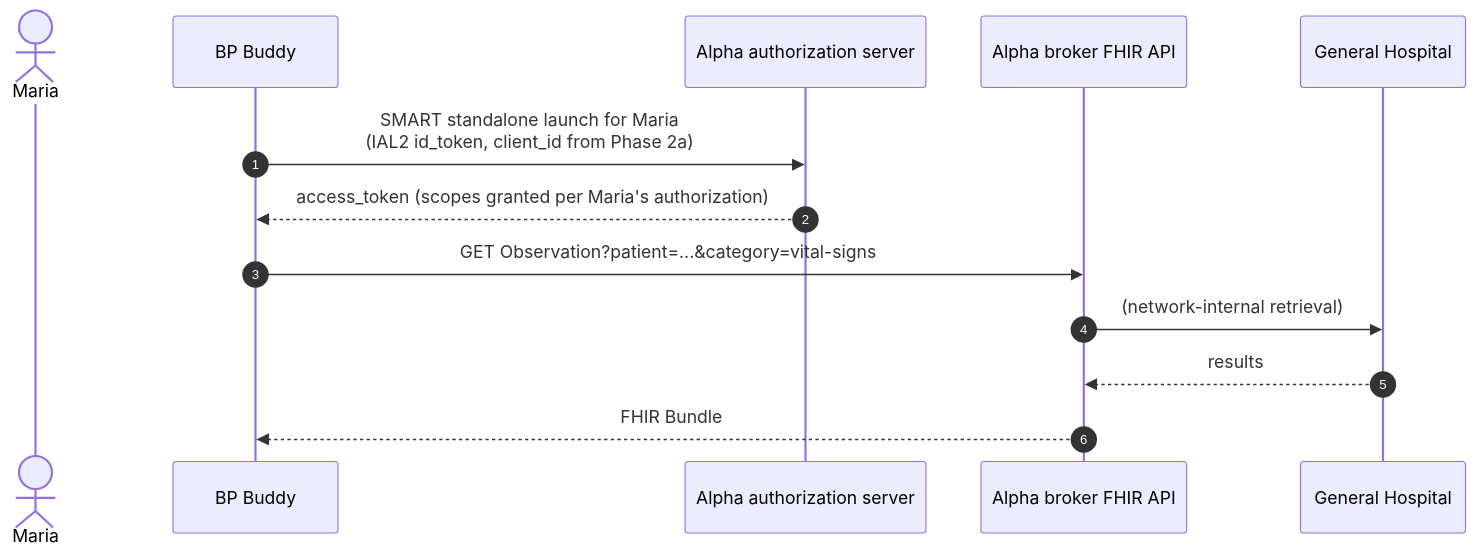
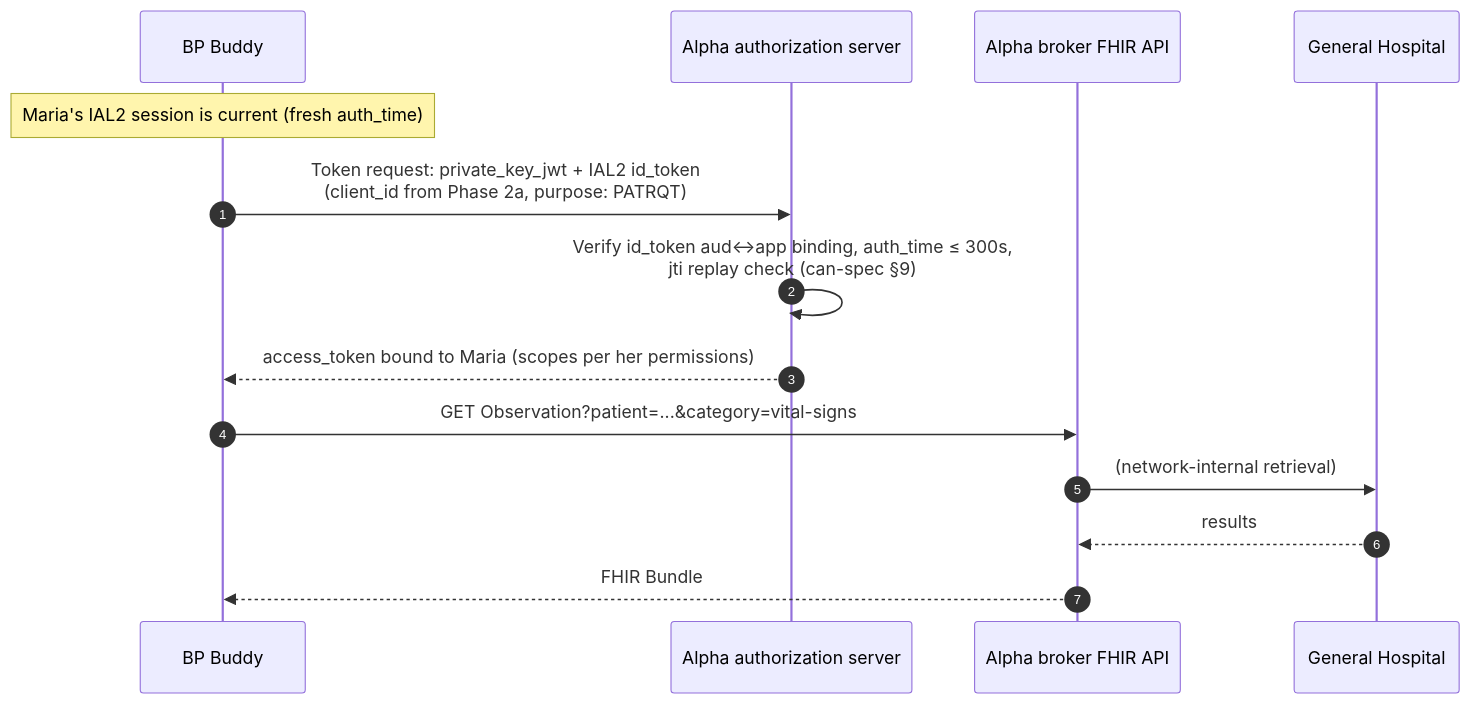
Before and after one commit to jmandel/cms-ns: the seventh of 10 diagrams in app-connectivity-flows.md, drawn with Mermaid. The commit also changed other lines of this file and 1 other file, not shown here.

First line of the commit message:
Fix broken hr/heading, correct SMART claims, de-slop editing pass

````diff
--- a/app-connectivity-flows.md
+++ b/app-connectivity-flows.md
@@ -199,16 +199,17 @@
 ```mermaid
 sequenceDiagram
     autonumber
-    actor Maria
     participant App as BP Buddy
     participant AAS as Alpha authorization server
     participant Broker as Alpha broker FHIR API
     participant GH as General Hospital
 
-    App->>AAS: SMART standalone launch for Maria<br/>(IAL2 id_token, client_id from Phase 2a)
-    AAS-->>App: access_token (scopes granted per Maria's authorization)
+    Note over App: Maria's IAL2 session is current (fresh auth_time)
+    App->>AAS: Token request: private_key_jwt + IAL2 id_token<br/>(client_id from Phase 2a, purpose: PATRQT)
+    AAS->>AAS: Verify id_token aud↔app binding, auth_time ≤ 300s,<br/>jti replay check (can-spec §9)
+    AAS-->>App: access_token bound to Maria (scopes per her permissions)
     App->>Broker: GET Observation?patient=...&category=vital-signs
     Broker->>GH: (network-internal retrieval)
     GH-->>Broker: results
     Broker-->>App: FHIR Bundle
 ```
````
